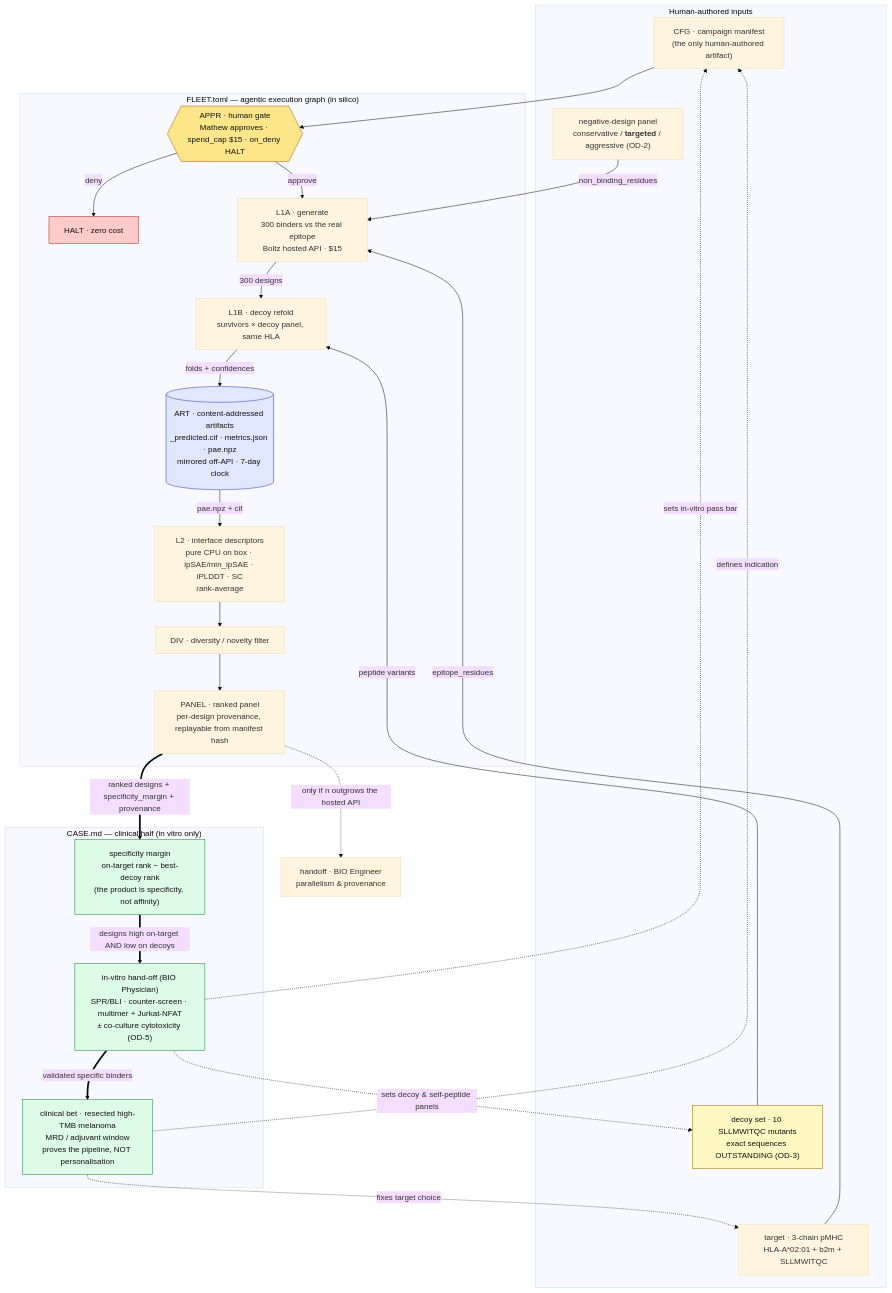
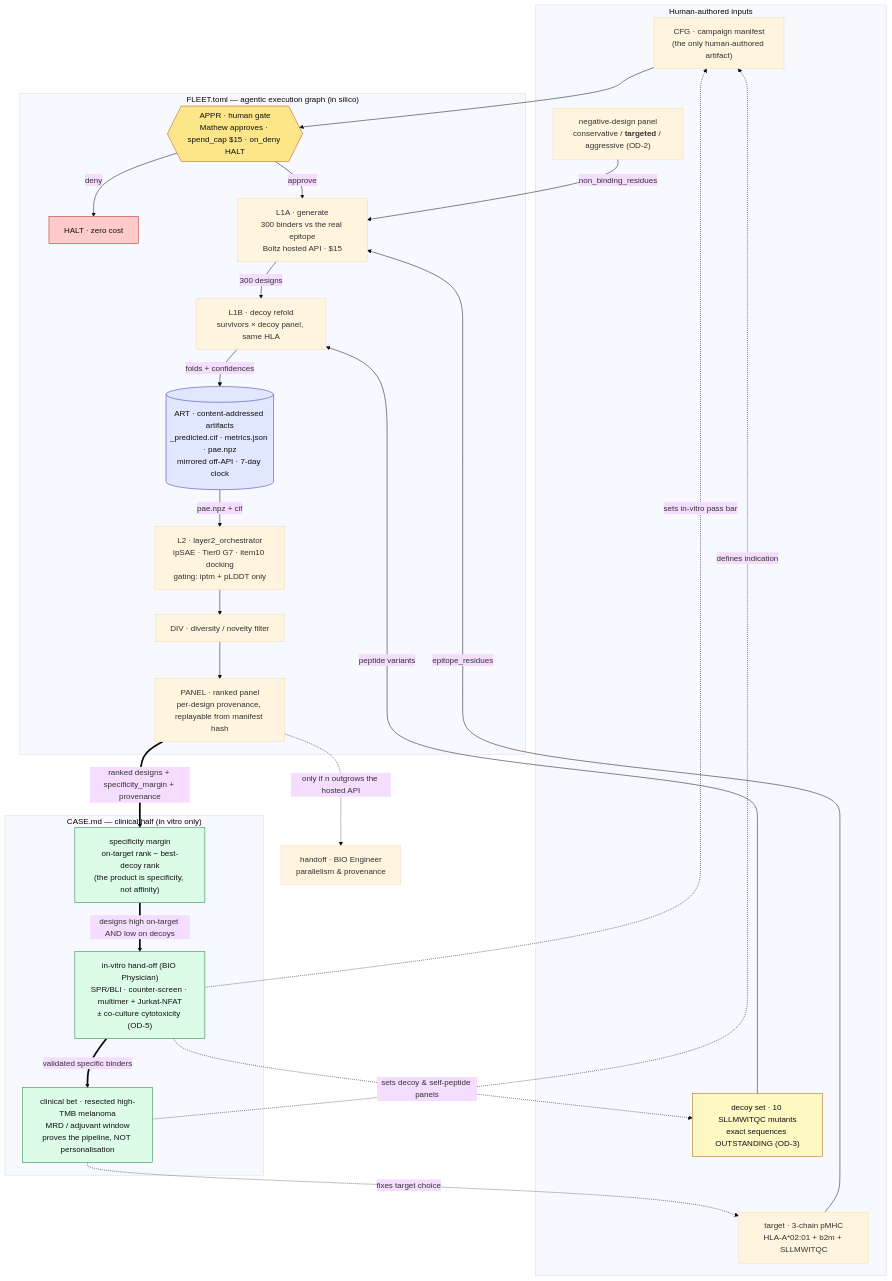
The diagram in fleets/campaigns/NYESO1-A0201/arch.mermaid (wetware-hq/wing), drawn with Mermaid (base theme) before and after one commit. The commit also changed 13 other files, not shown here.

Commit message:
NYESO1-A0201: unified L2 orchestrator, item 10 docking, handover dedupe

```diff
--- a/fleets/campaigns/NYESO1-A0201/arch.mermaid
+++ b/fleets/campaigns/NYESO1-A0201/arch.mermaid
@@ -1,68 +1,68 @@
 %% arch.mermaid — planned information transport, FLEET >> CASE
 %% Target NYESO1-A0201. Companion to FLEET.toml (machine half) and CASE.md (clinical half).
 %% Spend/submission status: see FLEET.toml spent_to_date_usd / submitted_to_date. Solid edges = execution; thick edges = the fleet>>case transport; dashed = requirements defined back by the case.
 flowchart TD
 
     subgraph HUMAN["Human-authored inputs"]
         CFG["CFG · campaign manifest<br/>(the only human-authored artifact)"]
         NEG["negative-design panel<br/>conservative / <b>targeted</b> / aggressive (OD-2)"]
         DEC["decoy set · 10 SLLMWITQC mutants<br/>exact sequences OUTSTANDING (OD-3)"]
         TGT["target · 3-chain pMHC<br/>HLA-A*02:01 + b2m + SLLMWITQC"]
     end
 
     subgraph FLEET["FLEET.toml — agentic execution graph (in silico)"]
         APPR{{"APPR · human gate<br/>Mathew approves · spend_cap $15 · on_deny HALT"}}
         HALT["HALT · zero cost"]
         L1A["L1A · generate<br/>300 binders vs the real epitope<br/>Boltz hosted API · $15"]
         L1B["L1B · decoy refold<br/>survivors × decoy panel, same HLA"]
         ART[("ART · content-addressed artifacts<br/>_predicted.cif · metrics.json · pae.npz<br/>mirrored off-API · 7-day clock")]
-        L2["L2 · interface descriptors<br/>pure CPU on box · ipSAE/min_ipSAE · iPLDDT · SC<br/>rank-average"]
+        L2["L2 · layer2_orchestrator<br/>ipSAE · Tier0 G7 · item10 docking<br/>gating: iptm + pLDDT only"]
         DIV["DIV · diversity / novelty filter"]
         PANEL["PANEL · ranked panel<br/>per-design provenance, replayable from manifest hash"]
     end
 
     subgraph CASE["CASE.md — clinical half (in vitro only)"]
         MARGIN["specificity margin<br/>on-target rank − best-decoy rank<br/>(the product is specificity, not affinity)"]
         INVITRO["in-vitro hand-off (BIO Physician)<br/>SPR/BLI · counter-screen · multimer + Jurkat-NFAT<br/>± co-culture cytotoxicity (OD-5)"]
         CLIN["clinical bet · resected high-TMB melanoma<br/>MRD / adjuvant window<br/>proves the pipeline, NOT personalisation"]
     end
 
     %% requirements the case defines back into the inputs (dashed, case >> fleet)
     CLIN -.->|defines indication| CFG
     CLIN -.->|fixes target choice| TGT
     INVITRO -.->|sets decoy & self-peptide panels| DEC
     INVITRO -.->|sets in-vitro pass bar| CFG
 
     %% human inputs into the graph
     CFG --> APPR
     NEG -->|non_binding_residues| L1A
     TGT -->|epitope_residues| L1A
     DEC -->|peptide variants| L1B
 
     %% forward execution + information transport inside the fleet
     APPR -->|deny| HALT
     APPR -->|approve| L1A
     L1A -->|300 designs| L1B
     L1B -->|folds + confidences| ART
     ART -->|pae.npz + cif| L2
     L2 --> DIV
     DIV --> PANEL
 
     %% the fleet >> case transport (thick)
     PANEL ==>|ranked designs + specificity_margin + provenance| MARGIN
     MARGIN ==>|designs high on-target AND low on decoys| INVITRO
     INVITRO ==>|validated specific binders| CLIN
 
     %% scale handoff
     PANEL -.->|only if n outgrows the hosted API| ENG["handoff · BIO Engineer<br/>parallelism & provenance"]
 
     classDef gate fill:#fde68a,stroke:#b45309,color:#111;
     classDef halt fill:#fecaca,stroke:#b91c1c,color:#111;
     classDef store fill:#e0e7ff,stroke:#3730a3,color:#111;
     classDef caseNode fill:#dcfce7,stroke:#15803d,color:#111;
     classDef warn fill:#fef9c3,stroke:#a16207,color:#111;
     class APPR gate;
     class HALT halt;
     class ART store;
     class MARGIN,INVITRO,CLIN caseNode;
     class DEC warn;
```
